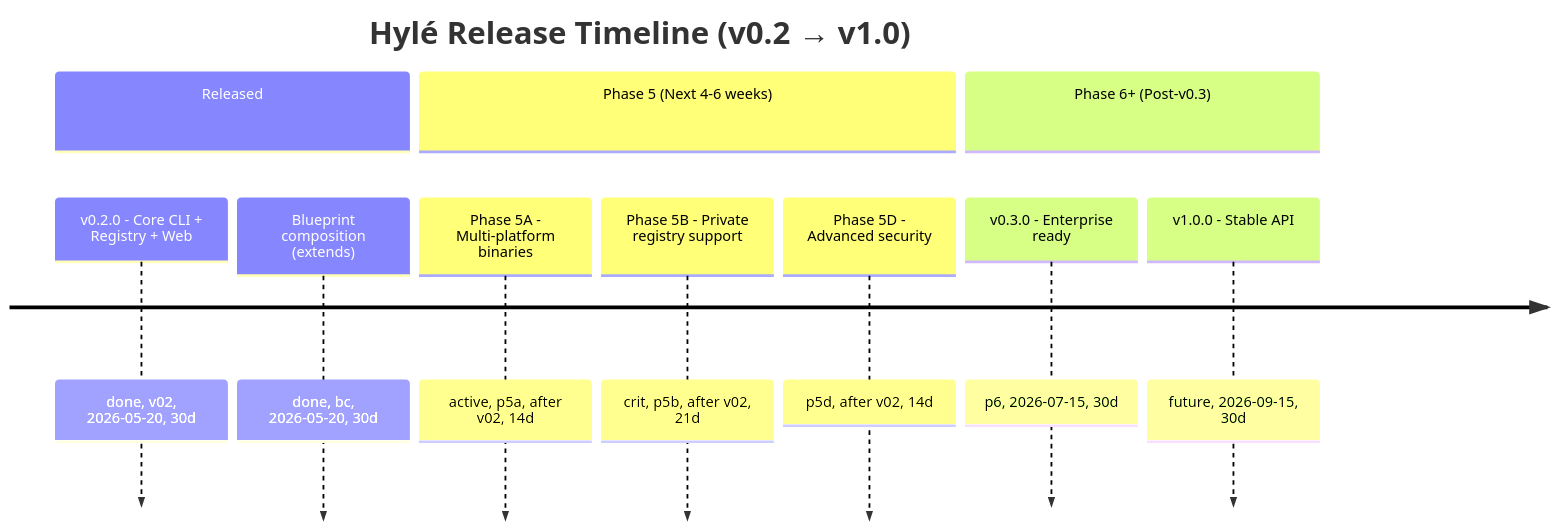
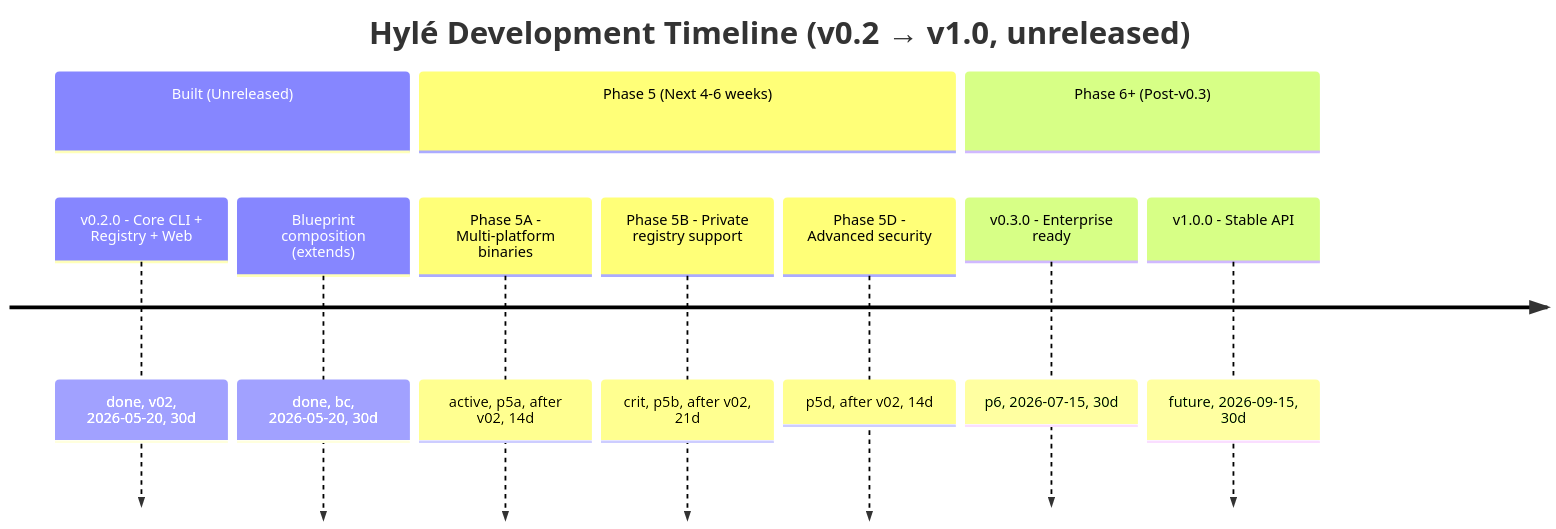
One commit to kittender/hyle changed the diagram in web/docs/ROADMAP.md. Above: the diagram before and after it, drawn with Mermaid. The commit also changed other lines of this file and 13 other files, not shown here.

````diff
--- a/web/docs/ROADMAP.md
+++ b/web/docs/ROADMAP.md
@@ -11,17 +12,17 @@
 ```mermaid
 timeline
-    title Hylé Release Timeline (v0.2 → v1.0)
+    title Hylé Development Timeline (v0.2 → v1.0, unreleased)
     
-    section Released
+    section Built (Unreleased)
     v0.2.0 - Core CLI + Registry + Web : done, v02, 2026-05-20, 30d
     Blueprint composition (extends) : done, bc, 2026-05-20, 30d
     
     section Phase 5 (Next 4-6 weeks)
     Phase 5A - Multi-platform binaries : active, p5a, after v02, 14d
     Phase 5B - Private registry support : crit, p5b, after v02, 21d
     Phase 5D - Advanced security : p5d, after v02, 14d
     
     section Phase 6+ (Post-v0.3)
     v0.3.0 - Enterprise ready : p6, 2026-07-15, 30d
     v1.0.0 - Stable API : future, 2026-09-15, 30d
 ```
````
